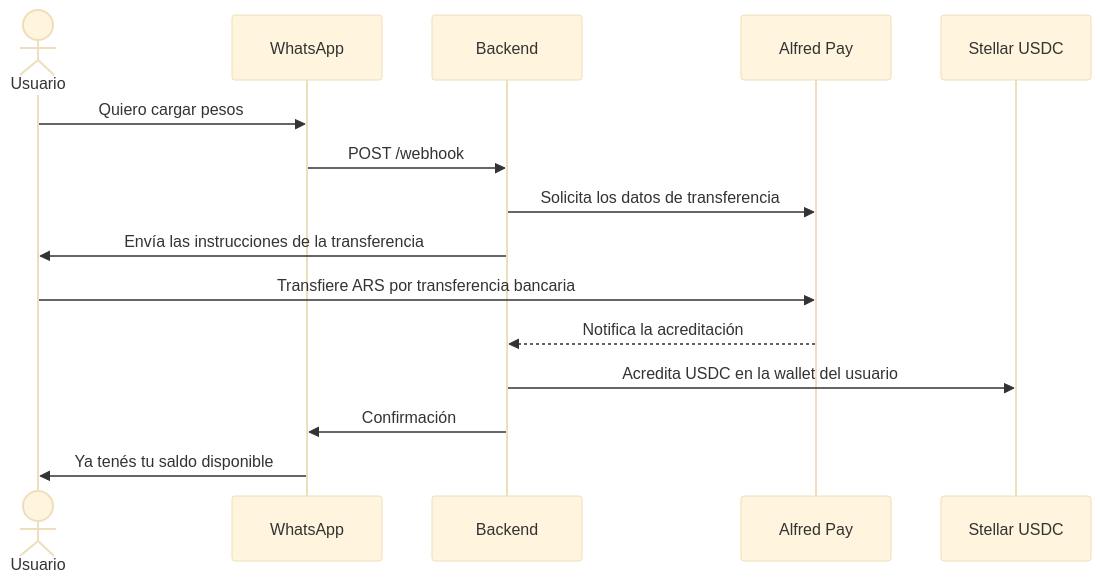
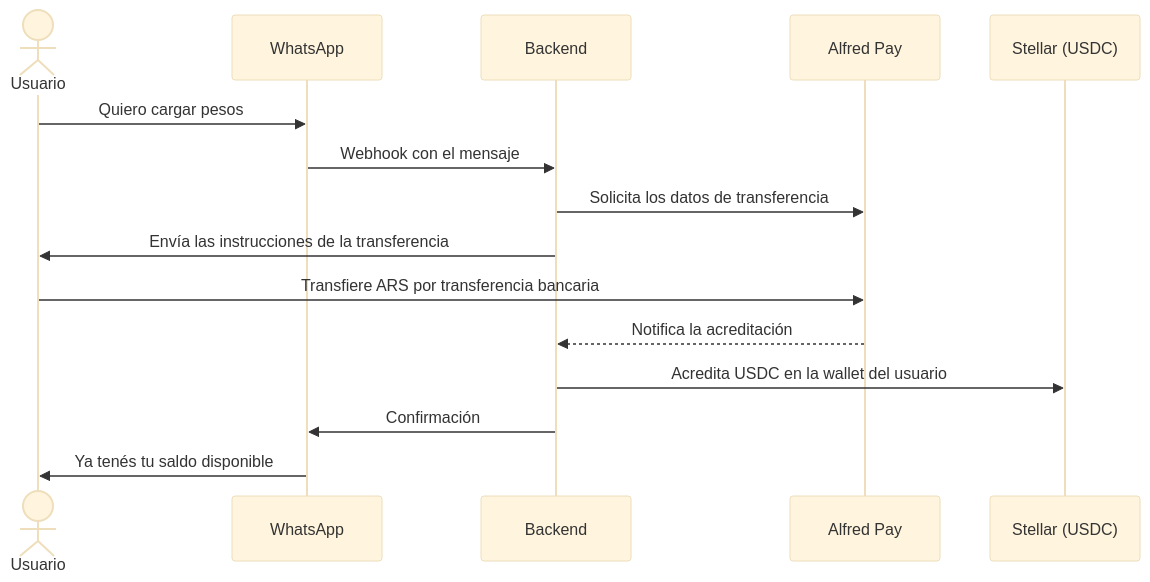
Before and after one commit to SendaLabs/Senda.App: the fourth of 6 diagrams in README.md, drawn with Mermaid (base theme). The commit also changed other lines of this file, not shown here.

````diff
--- a/README.md
+++ b/README.md
@@ -181,18 +184,18 @@
 ```mermaid
 sequenceDiagram
     actor U as Usuario
     participant W as WhatsApp
     participant B as Backend
     participant A as Alfred Pay
-    participant S as Stellar USDC
+    participant S as Stellar (USDC)
 
     U->>W: Quiero cargar pesos
-    W->>B: POST /webhook
+    W->>B: Webhook con el mensaje
     B->>A: Solicita los datos de transferencia
     B->>U: Envía las instrucciones de la transferencia
     U->>A: Transfiere ARS por transferencia bancaria
     A-->>B: Notifica la acreditación
     B->>S: Acredita USDC en la wallet del usuario
     B->>W: Confirmación
     W->>U: Ya tenés tu saldo disponible
 ```
````
